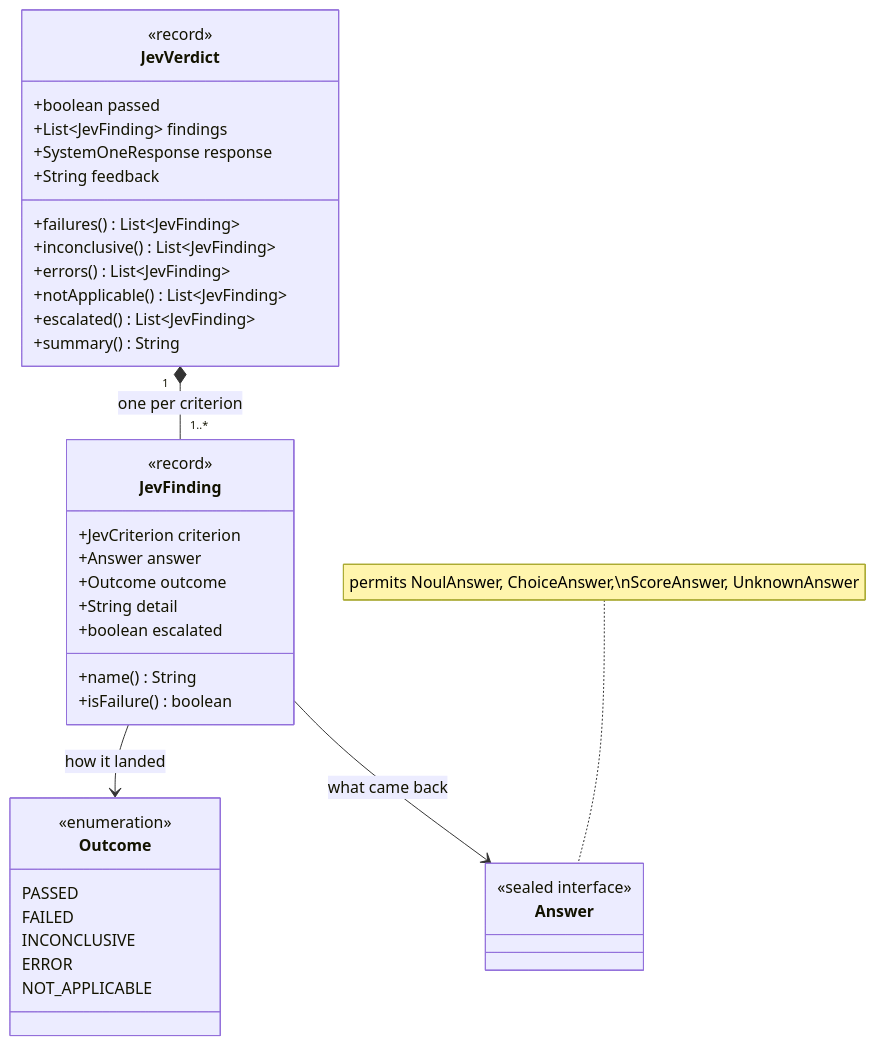
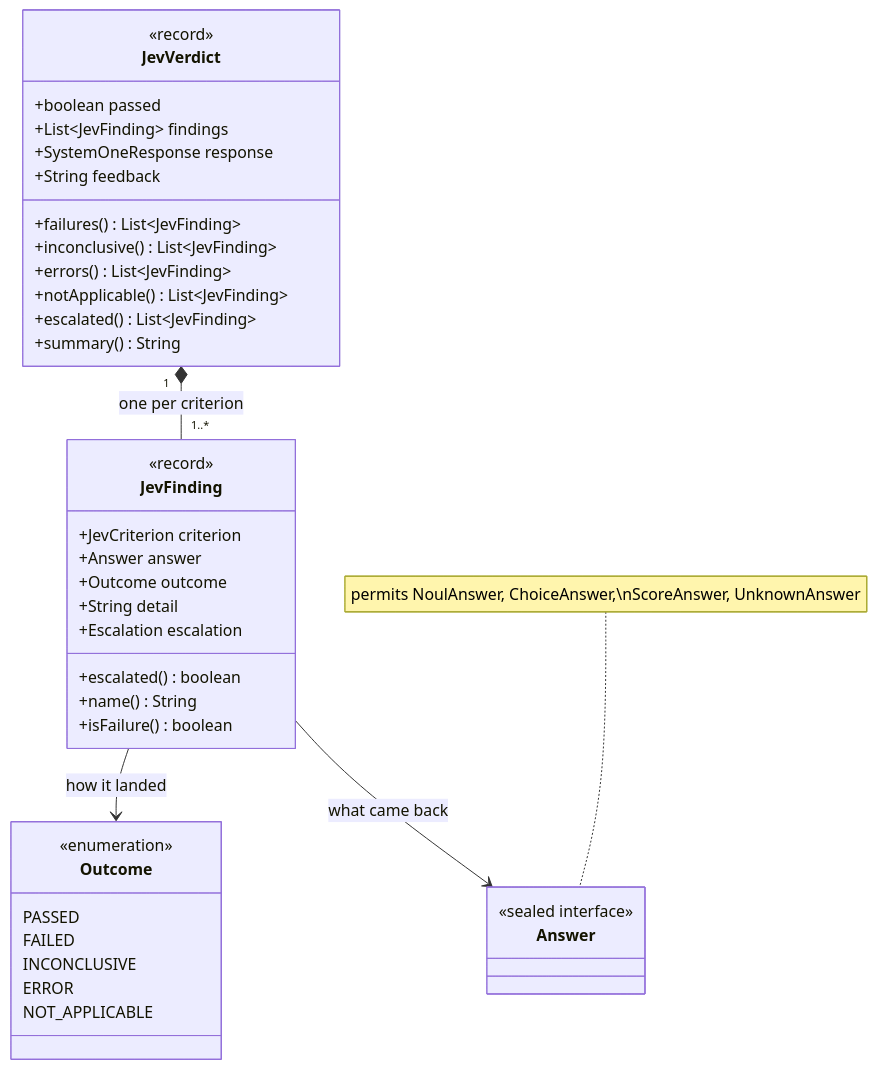
The third of 3 diagrams in docs/judge/JevJudge.md (spring-ai-community/spring-ai-typesafe), drawn with Mermaid before and after one commit. The commit also changed other lines of this file and 5 other files, not shown here.

````diff
--- a/docs/judge/JevJudge.md
+++ b/docs/judge/JevJudge.md
@@ -331,48 +331,49 @@
 ```mermaid
 classDiagram
     direction TB
 
     class JevVerdict {
         <<record>>
         +boolean passed
         +List~JevFinding~ findings
         +SystemOneResponse response
         +String feedback
         +failures() List~JevFinding~
         +inconclusive() List~JevFinding~
         +errors() List~JevFinding~
         +notApplicable() List~JevFinding~
         +escalated() List~JevFinding~
         +summary() String
     }
 
     class JevFinding {
         <<record>>
         +JevCriterion criterion
         +Answer answer
         +Outcome outcome
         +String detail
-        +boolean escalated
+        +Escalation escalation
+        +escalated() boolean
         +name() String
         +isFailure() boolean
     }
 
     class Outcome {
         <<enumeration>>
         PASSED
         FAILED
         INCONCLUSIVE
         ERROR
         NOT_APPLICABLE
     }
 
     class Answer {
         <<sealed interface>>
     }
 
     JevVerdict "1" *-- "1..*" JevFinding : one per criterion
     JevFinding --> Outcome : how it landed
     JevFinding --> Answer : what came back
 
     note for Answer "permits NoulAnswer, ChoiceAnswer,\nScoreAnswer, UnknownAnswer"
 ```
````
